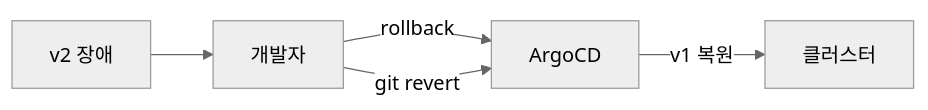
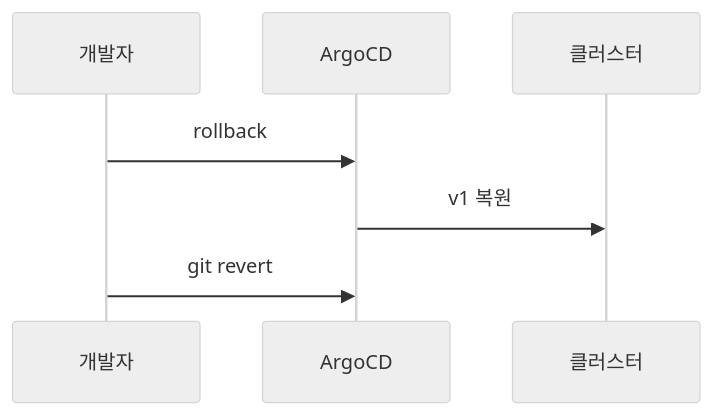
The seventh of 7 diagrams in _posts/cicd/2026-05-03-gitops-argocd.md (yjkim2015/yjkim2015.github.io), drawn with Mermaid (neutral theme) before and after one commit. The commit also changed other lines of this file and 89 other files, not shown here.

First line of the commit message:
복잡한 flowchart 163개 → sequenceDiagram 변환 (90파일)

````diff
--- a/_posts/cicd/2026-05-03-gitops-argocd.md
+++ b/_posts/cicd/2026-05-03-gitops-argocd.md
@@ -466,7 +460,6 @@
 ```mermaid
-graph LR
-    FAIL["v2 장애"] --> DEV["개발자"]
-    DEV -->|"rollback"| ARGO["ArgoCD"]
-    ARGO -->|"v1 복원"| K8S["클러스터"]
-    DEV -->|"git revert"| ARGO
+sequenceDiagram
+    개발자->>ArgoCD: rollback
+    ArgoCD->>클러스터: v1 복원
+    개발자->>ArgoCD: git revert
 ```
````
